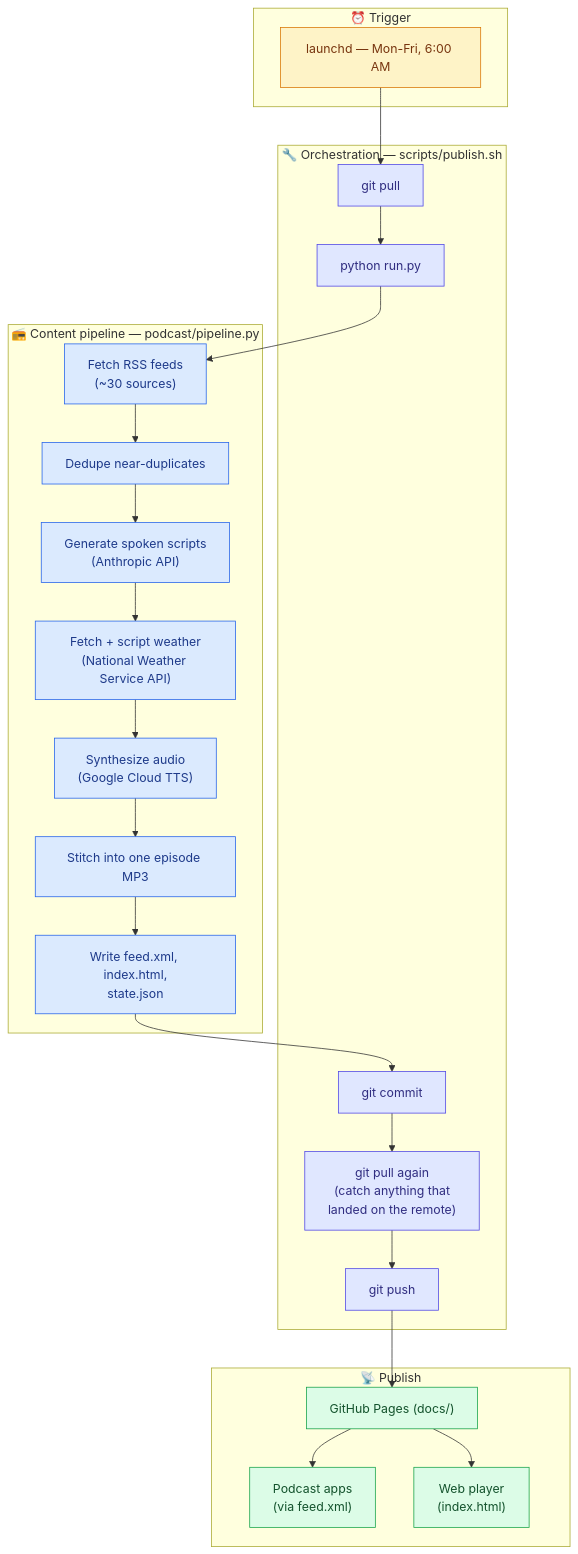
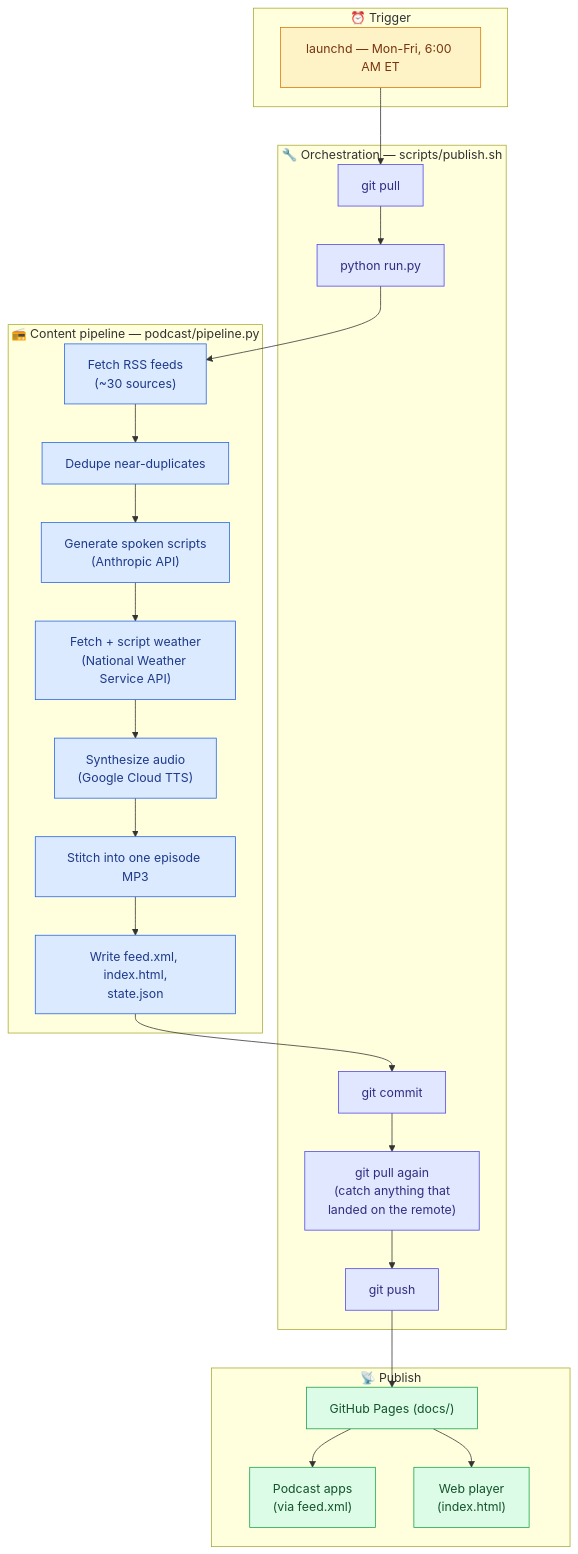
Before and after one commit to ellewiz/personalized-news-podcast: the diagram in README.md, drawn with Mermaid. The commit also changed other lines of this file, not shown here.

````diff
--- a/README.md
+++ b/README.md
@@ -82,49 +82,49 @@
 ```mermaid
 flowchart TD
     subgraph trigger["⏰ Trigger"]
-        Trigger["launchd — Mon-Fri, 6:00 AM"]
+        Trigger["launchd — Mon-Fri, 6:00 AM ET"]
     end
 
     subgraph orchestration["🔧 Orchestration — scripts/publish.sh"]
         Pull1["git pull"]
         Run["python run.py"]
         Commit["git commit"]
         Pull2["git pull again<br/>(catch anything that<br/>landed on the remote)"]
         Push["git push"]
     end
 
     subgraph pipeline["📻 Content pipeline — podcast/pipeline.py"]
         Fetch["Fetch RSS feeds<br/>(~30 sources)"]
         Dedupe["Dedupe near-duplicates"]
         Scripts["Generate spoken scripts<br/>(Anthropic API)"]
         Weather["Fetch + script weather<br/>(National Weather Service API)"]
         TTS["Synthesize audio<br/>(Google Cloud TTS)"]
         Stitch["Stitch into one episode MP3"]
         Write["Write feed.xml, index.html,<br/>state.json"]
     end
 
     subgraph publish_stage["📡 Publish"]
         Pages["GitHub Pages (docs/)"]
         Apps["Podcast apps<br/>(via feed.xml)"]
         Player["Web player<br/>(index.html)"]
     end
 
     Trigger --> Pull1
     Pull1 --> Run
     Run --> Fetch
     Fetch --> Dedupe --> Scripts --> Weather --> TTS --> Stitch --> Write
     Write --> Commit --> Pull2 --> Push
     Push --> Pages
     Pages --> Apps
     Pages --> Player
 
     classDef triggerStyle fill:#fef3c7,stroke:#d97706,color:#78350f
     classDef orchStyle fill:#e0e7ff,stroke:#4f46e5,color:#312e81
     classDef pipeStyle fill:#dbeafe,stroke:#2563eb,color:#1e3a8a
     classDef pubStyle fill:#dcfce7,stroke:#16a34a,color:#14532d
 
     class Trigger triggerStyle
     class Pull1,Run,Commit,Pull2,Push orchStyle
     class Fetch,Dedupe,Scripts,Weather,TTS,Stitch,Write pipeStyle
     class Pages,Apps,Player pubStyle
 ```
````
